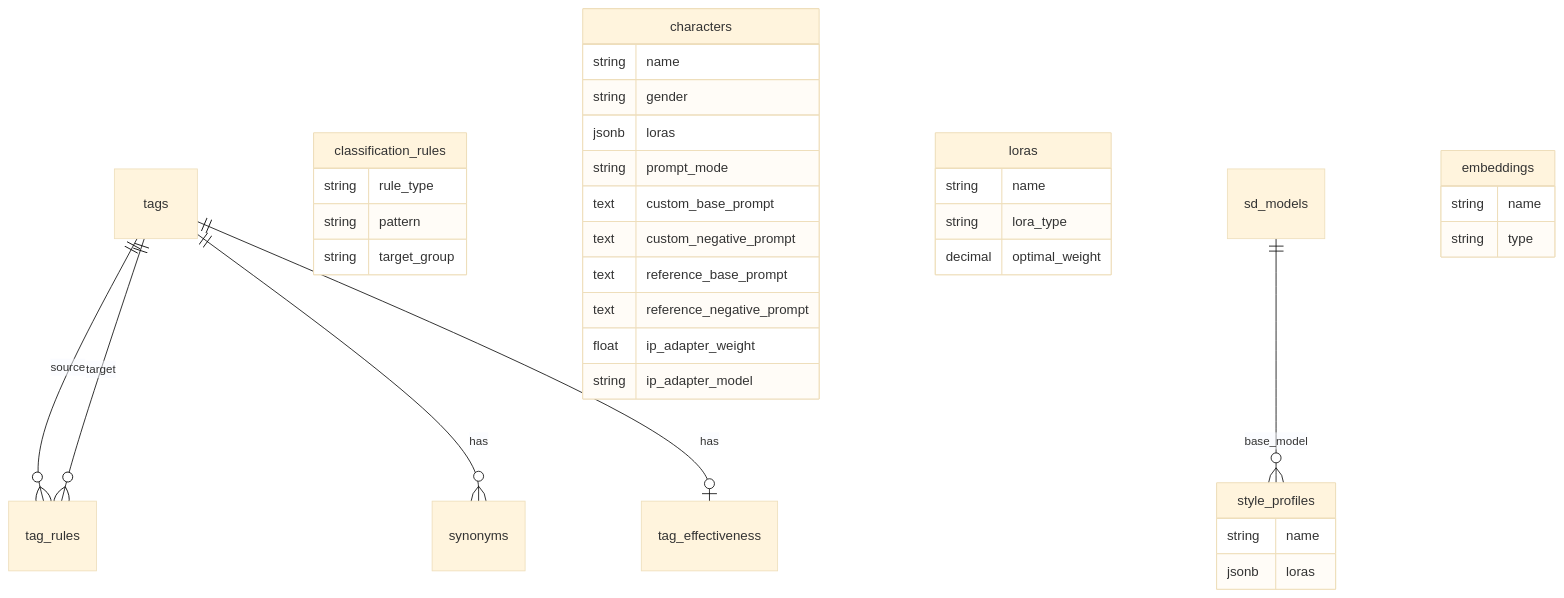
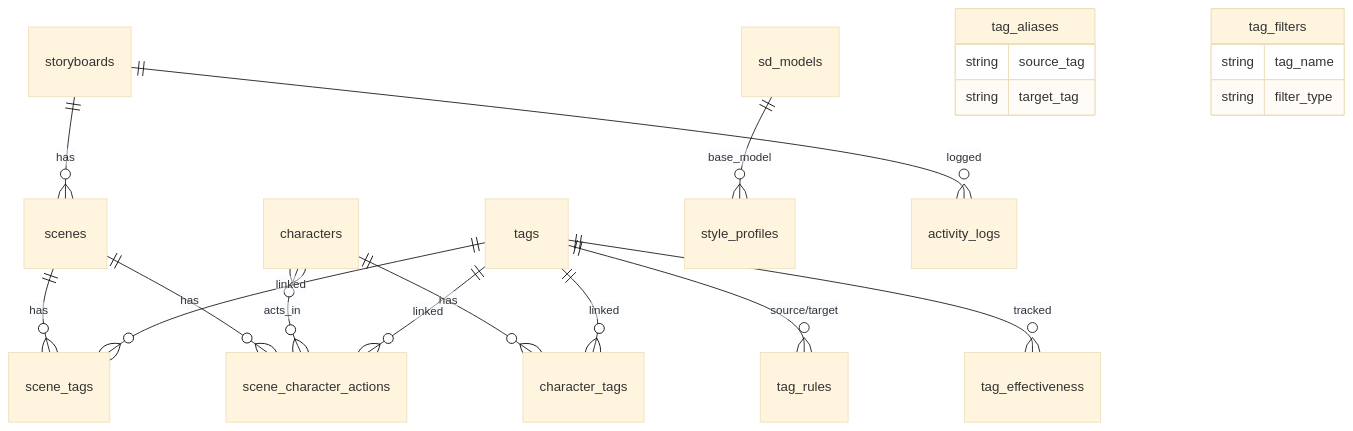
Before and after one commit to tomo-playground/sdd-orchestrator: the diagram in docs/specs/DB_SCHEMA.md, drawn with Mermaid (base theme). The commit also changed other lines of this file and 10 other files, not shown here.

````diff
--- a/docs/specs/DB_SCHEMA.md
+++ b/docs/specs/DB_SCHEMA.md
@@ -9,43 +17,28 @@
 ```mermaid
 erDiagram
-    tags ||--o{ tag_rules : "source"
-    tags ||--o{ tag_rules : "target"
-    tags ||--o{ synonyms : "has"
-    tags ||--o| tag_effectiveness : "has"
-    
-    classification_rules {
-        string rule_type
-        string pattern
-        string target_group
+    storyboards ||--o{ scenes : "has"
+    scenes ||--o{ scene_tags : "has"
+    scenes ||--o{ scene_character_actions : "has"
+
+    characters ||--o{ character_tags : "has"
+    characters }o--o{ scene_character_actions : "acts_in"
+
+    tags ||--o{ character_tags : "linked"
+    tags ||--o{ scene_tags : "linked"
+    tags ||--o{ scene_character_actions : "linked"
+    tags ||--o{ tag_rules : "source/target"
+    tags ||--o{ tag_effectiveness : "tracked"
+
+    sd_models ||--o{ style_profiles : "base_model"
+    storyboards ||--o{ activity_logs : "logged"
+
+    tag_aliases {
+        string source_tag
+        string target_tag
     }
 
-    characters {
-        string name
-        string gender
-        jsonb loras
-        string prompt_mode
-        text custom_base_prompt
-        text custom_negative_prompt
-        text reference_base_prompt
-        text reference_negative_prompt
-        float ip_adapter_weight
-        string ip_adapter_model
-    }
-    
-    loras {
-        string name
-        string lora_type
-        decimal optimal_weight
-    }
-
-    sd_models ||--o{ style_profiles : "base_model"
-    style_profiles {
-        string name
-        jsonb loras
-    }
-    
-    embeddings {
-        string name
-        string type
+    tag_filters {
+        string tag_name
+        string filter_type
     }
 ```
````
